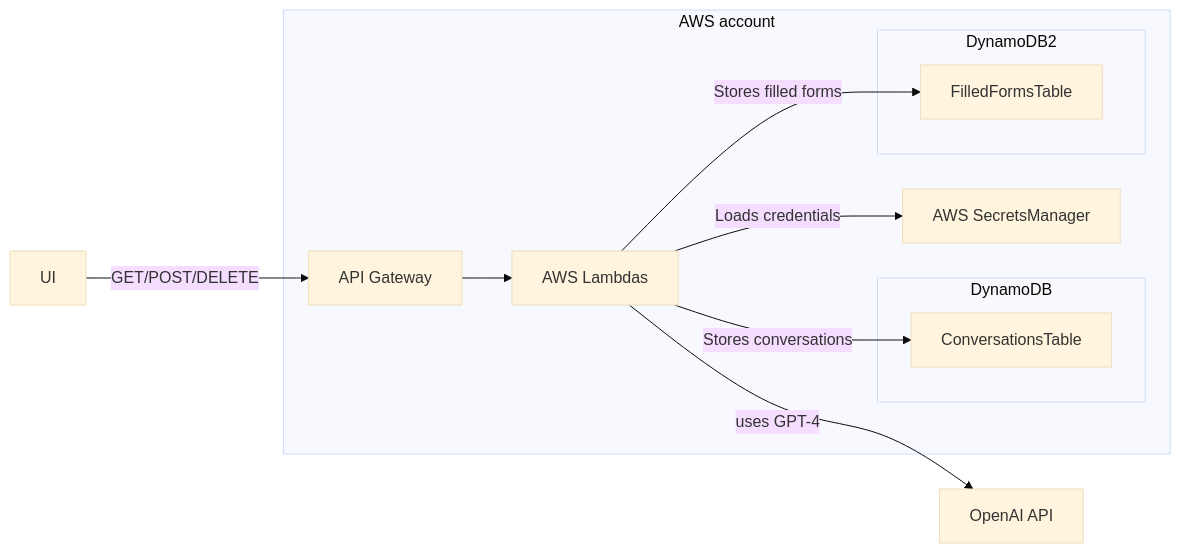
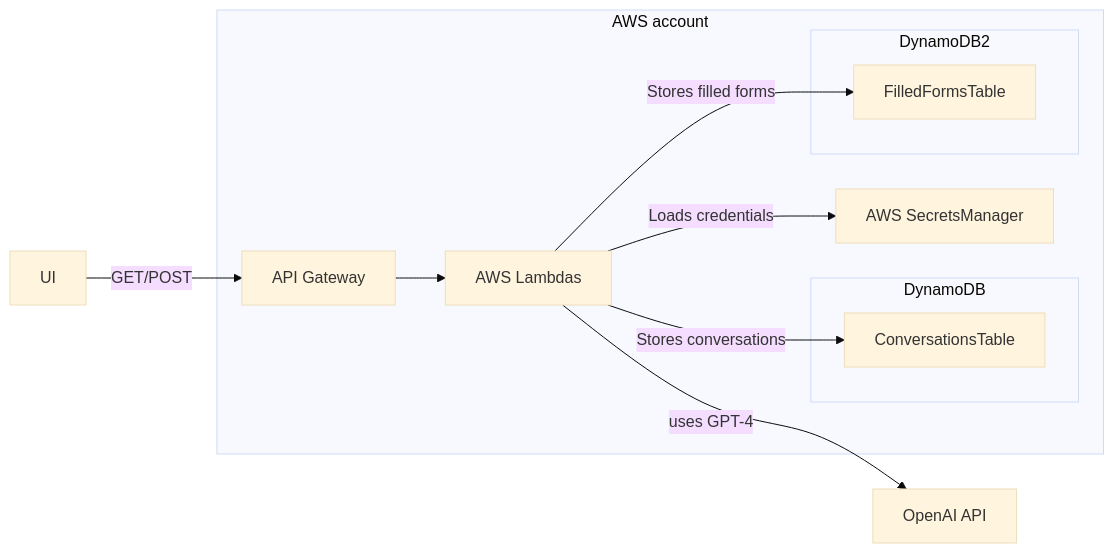
One commit to anya-mb/insurance_fills_service changed the diagram in README.md. Above: the diagram before and after it, drawn with Mermaid (base theme). The commit also changed other lines of this file and 9 other files, not shown here.

````diff
--- a/README.md
+++ b/README.md
@@ -11,20 +13,20 @@
 ```mermaid
 graph LR
-  UI -- GET/POST/DELETE --> APIG[API Gateway]
+  UI -- GET/POST --> APIG[API Gateway]
   subgraph aws[AWS account]
     APIG --> Lambda[AWS Lambdas]
     Lambda -- Stores conversations --> DDB[ConversationsTable]
     Lambda -- Stores filled forms --> DDB2[FilledFormsTable]
     subgraph DynamoDB
         DDB
 
     end
     subgraph DynamoDB2
 
         DDB2
     end
     Lambda -- Loads credentials --> SecretsM[AWS SecretsManager]
 
   end
   Lambda -- uses GPT-4 --> OpenAI[OpenAI API]
 ```
````
